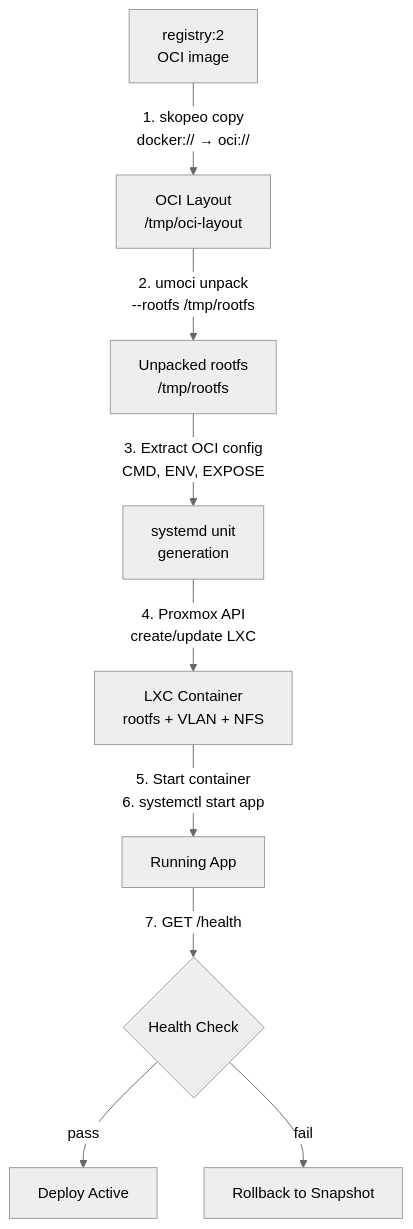
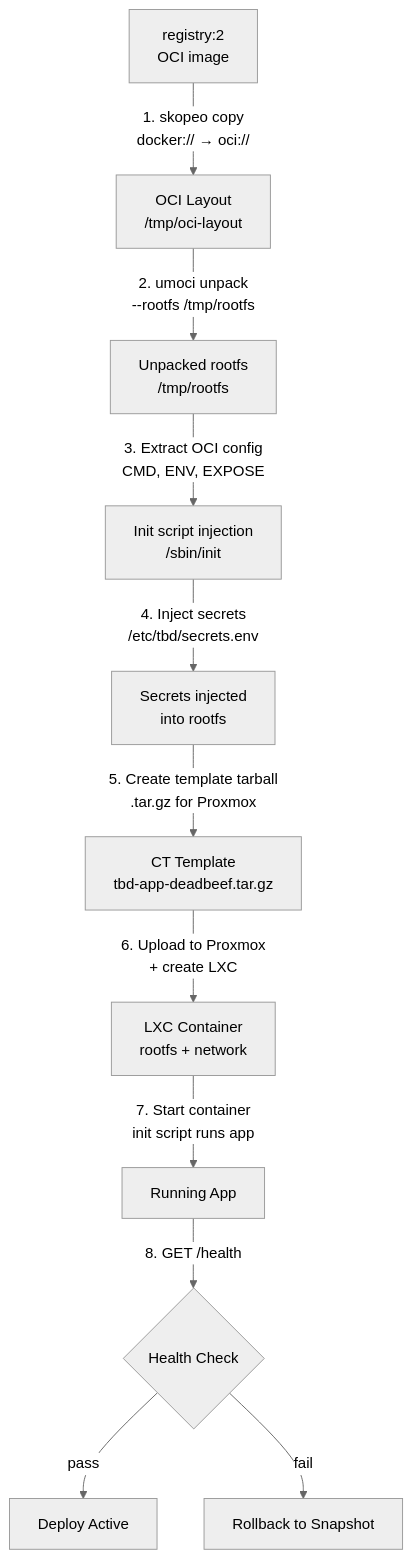
One commit to xdkaine/tbd-dev changed the diagram in docs/oci-lxc-conversion.md. Above: the diagram before and after it, drawn with Mermaid (neutral theme). The commit also changed other lines of this file and 6 other files, not shown here.

````diff
--- a/docs/oci-lxc-conversion.md
+++ b/docs/oci-lxc-conversion.md
@@ -93,11 +11,13 @@
 ```mermaid
 flowchart TD
     REG[registry:2<br>OCI image] -->|"1. skopeo copy<br>docker:// → oci://"| OCI[OCI Layout<br>/tmp/oci-layout]
     OCI -->|"2. umoci unpack<br>--rootfs /tmp/rootfs"| ROOT[Unpacked rootfs<br>/tmp/rootfs]
-    ROOT -->|"3. Extract OCI config<br>CMD, ENV, EXPOSE"| UNIT[systemd unit<br>generation]
-    UNIT -->|"4. Proxmox API<br>create/update LXC"| LXC[LXC Container<br>rootfs + VLAN + NFS]
-    LXC -->|"5. Start container<br>6. systemctl start app"| RUN[Running App]
-    RUN -->|"7. GET /health"| HC{Health Check}
+    ROOT -->|"3. Extract OCI config<br>CMD, ENV, EXPOSE"| INIT[Init script injection<br>/sbin/init]
+    INIT -->|"4. Inject secrets<br>/etc/tbd/secrets.env"| SEC[Secrets injected<br>into rootfs]
+    SEC -->|"5. Create template tarball<br>.tar.gz for Proxmox"| TAR[CT Template<br>tbd-app-deadbeef.tar.gz]
+    TAR -->|"6. Upload to Proxmox<br>+ create LXC"| LXC[LXC Container<br>rootfs + network]
+    LXC -->|"7. Start container<br>init script runs app"| RUN[Running App]
+    RUN -->|"8. GET /health"| HC{Health Check}
     HC -->|pass| ACTIVE[Deploy Active]
     HC -->|fail| ROLL[Rollback to Snapshot]
 ```
````
